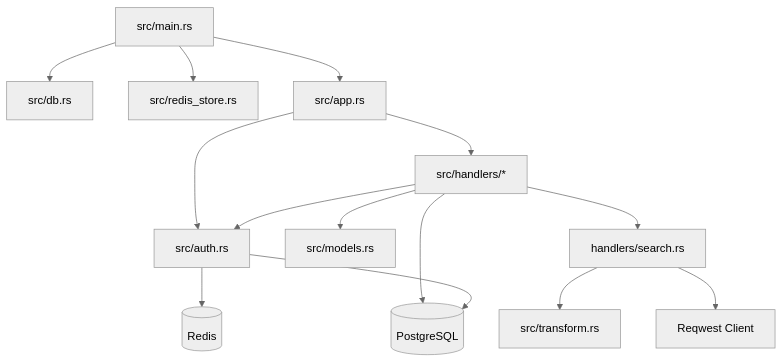
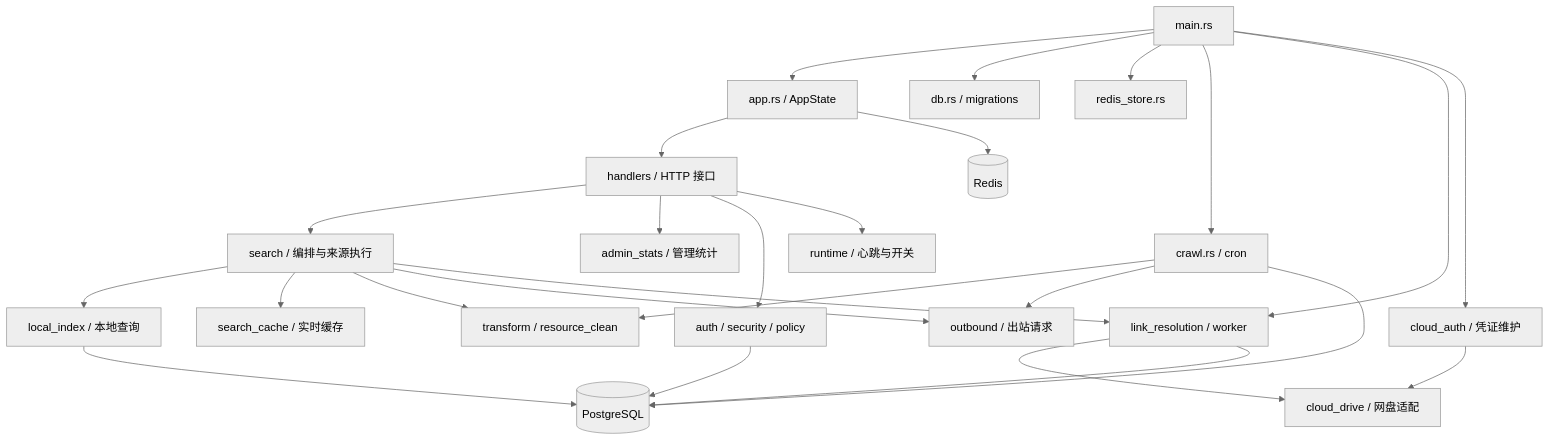
Before and after one commit to rijianyunxi/pansou: the second of 3 diagrams in README.md, drawn with Mermaid (neutral theme). The commit also changed other lines of this file and 83 other files, not shown here.

````diff
--- a/README.md
+++ b/README.md
@@ -183,17 +194,28 @@
 ```mermaid
 flowchart TD
-    MAIN[src/main.rs] --> DB[src/db.rs]
-    MAIN --> REDIS[src/redis_store.rs]
-    MAIN --> APP[src/app.rs]
-
-    APP --> AUTH[src/auth.rs]
-    APP --> HANDLERS[src/handlers/*]
-    HANDLERS --> MODELS[src/models.rs]
-    HANDLERS --> PG[(PostgreSQL)]
-    HANDLERS --> AUTH
-    HANDLERS --> SEARCH[handlers/search.rs]
-    SEARCH --> TRANSFORM[src/transform.rs]
-    SEARCH --> HTTP[Reqwest Client]
-    AUTH --> REDISDB[(Redis)]
-    AUTH --> PG
+    MAIN[main.rs] --> APP[app.rs / AppState]
+    MAIN --> DB[db.rs / migrations]
+    MAIN --> REDIS[redis_store.rs]
+    MAIN --> CRAWL[crawl.rs / cron]
+    MAIN --> LINKS[link_resolution / worker]
+    MAIN --> CLOUD_AUTH[cloud_auth / 凭证维护]
+    APP --> HANDLERS[handlers / HTTP 接口]
+    HANDLERS --> SEARCH[search / 编排与来源执行]
+    HANDLERS --> ADMIN_STATS[admin_stats / 管理统计]
+    HANDLERS --> SECURITY[auth / security / policy]
+    SEARCH --> LOCAL[local_index / 本地查询]
+    SEARCH --> CACHE[search_cache / 实时缓存]
+    SEARCH --> TRANSFORM[transform / resource_clean]
+    SEARCH --> OUTBOUND[outbound / 出站请求]
+    CRAWL --> TRANSFORM
+    CRAWL --> OUTBOUND
+    SEARCH --> LINKS
+    LINKS --> CLOUD[cloud_drive / 网盘适配]
+    CLOUD_AUTH --> CLOUD
+    HANDLERS --> RUNTIME[runtime / 心跳与开关]
+    LOCAL --> PG[(PostgreSQL)]
+    CRAWL --> PG
+    LINKS --> PG
+    SECURITY --> PG
+    APP --> REDISDB[(Redis)]
 ```
````
